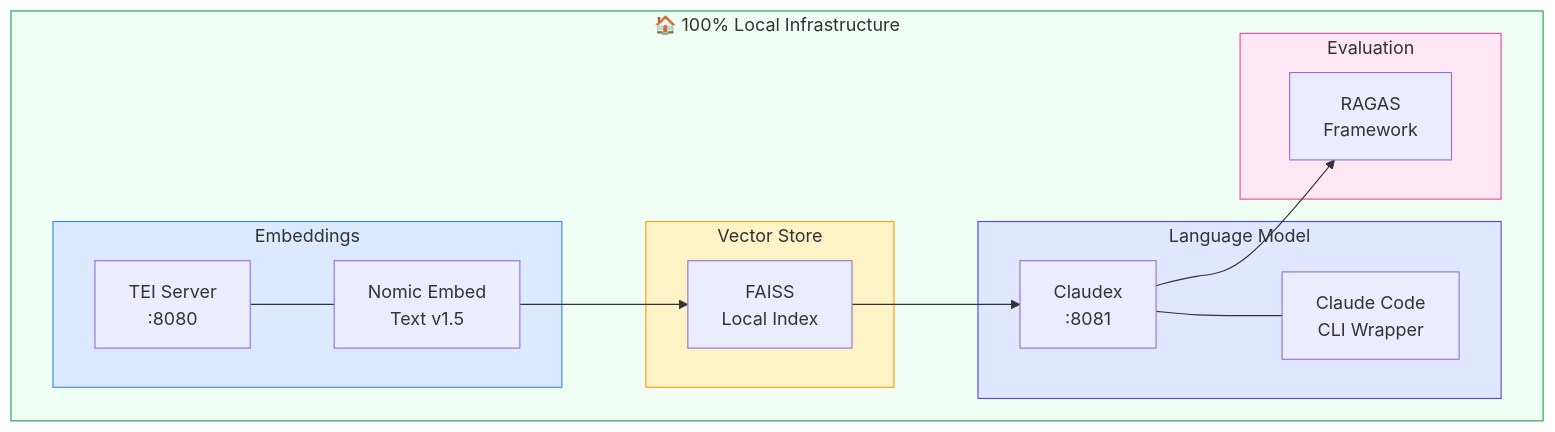
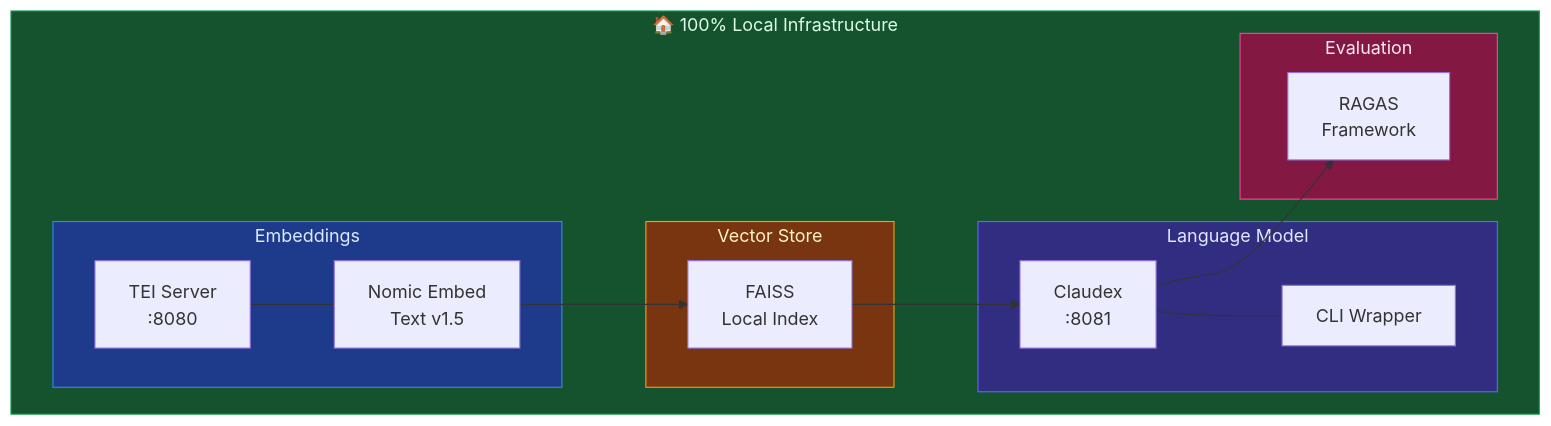
Before and after one commit to Leeaandrob/rag-quality-gates: the fourth of 6 diagrams in README.md, drawn with Mermaid. The commit also changed other lines of this file, not shown here.

Commit message:
fix: update Mermaid diagrams with dark theme colors for better readability

````diff
--- a/README.md
+++ b/README.md
@@ -173,35 +173,35 @@
 ```mermaid
 flowchart TB
     subgraph LOCAL["🏠 100% Local Infrastructure"]
         subgraph EMBED["Embeddings"]
             TEI["TEI Server<br/>:8080"]
             NOMIC["Nomic Embed<br/>Text v1.5"]
         end
 
         subgraph VECTOR["Vector Store"]
             FAISS["FAISS<br/>Local Index"]
         end
 
         subgraph LLM["Language Model"]
             CLAUDEX["Claudex<br/>:8081"]
-            CLAUDE["Claude Code<br/>CLI Wrapper"]
+            WRAPPER["CLI Wrapper"]
         end
 
         subgraph EVAL["Evaluation"]
             RAGAS["RAGAS<br/>Framework"]
         end
     end
 
     TEI --- NOMIC
-    CLAUDEX --- CLAUDE
+    CLAUDEX --- WRAPPER
 
     NOMIC --> FAISS
     FAISS --> CLAUDEX
     CLAUDEX --> RAGAS
 
-    style LOCAL fill:#F0FDF4,stroke:#16A34A
-    style EMBED fill:#DBEAFE,stroke:#3B82F6
-    style VECTOR fill:#FEF3C7,stroke:#F59E0B
-    style LLM fill:#E0E7FF,stroke:#4F46E5
-    style EVAL fill:#FCE7F3,stroke:#EC4899
+    style LOCAL fill:#14532d,stroke:#16a34a,color:#dcfce7
+    style EMBED fill:#1e3a8a,stroke:#3b82f6,color:#dbeafe
+    style VECTOR fill:#78350f,stroke:#f59e0b,color:#fef3c7
+    style LLM fill:#312e81,stroke:#6366f1,color:#e0e7ff
+    style EVAL fill:#831843,stroke:#ec4899,color:#fce7f3
 ```
````
